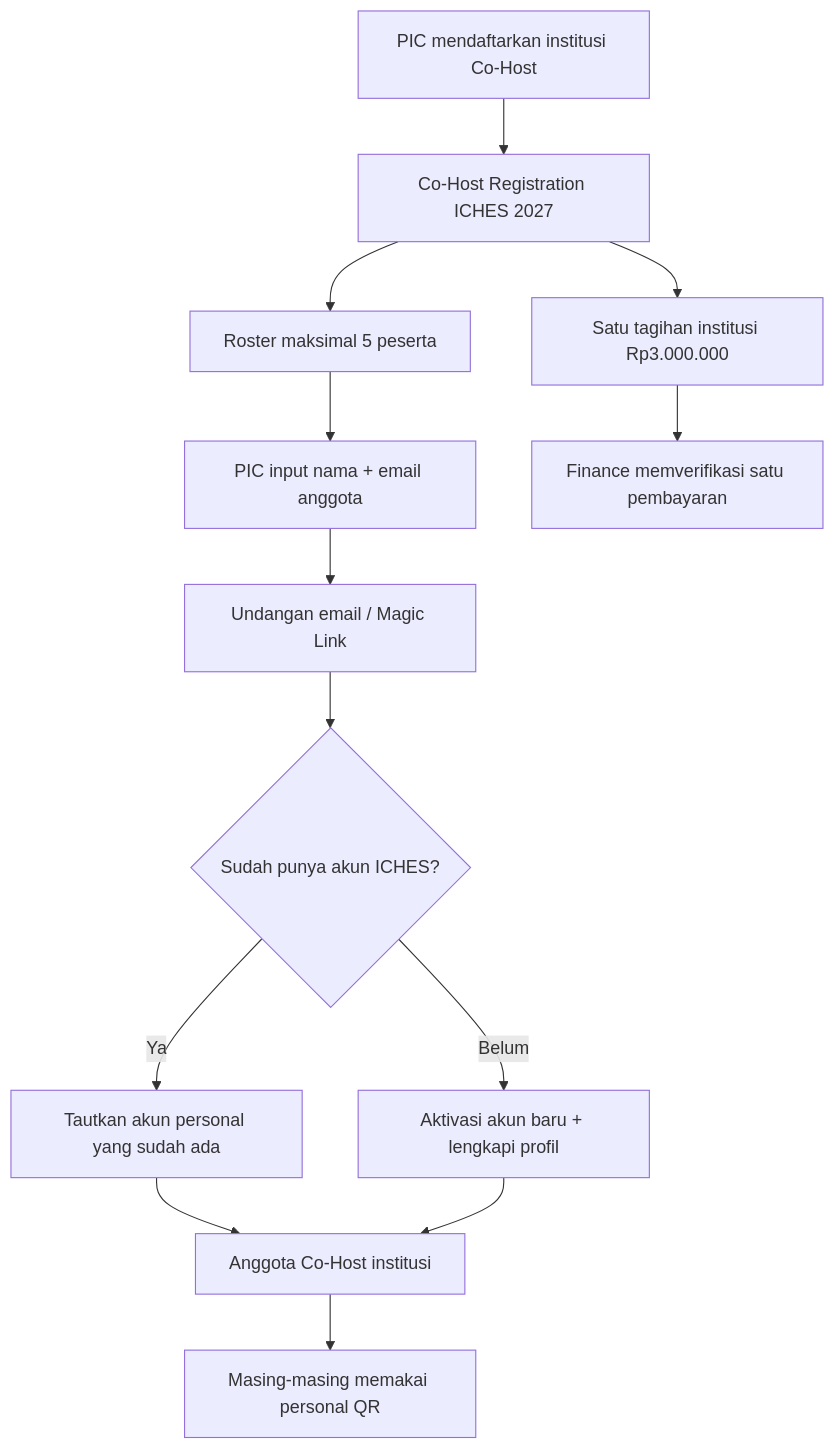
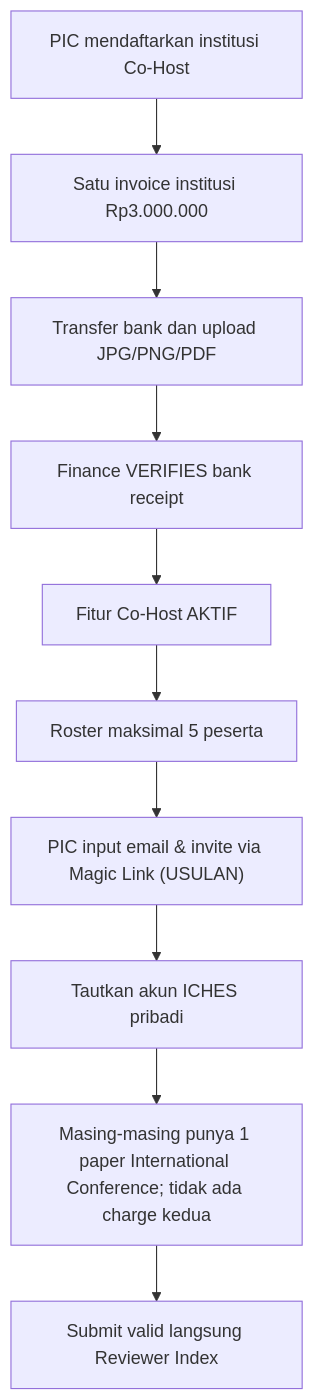
The first of 2 diagrams in docs/13-LINK-COHOST-DAN-SUBMISSION-TANPA-SCREENING.md (akhmadafnan/iches-unisya), drawn with Mermaid before and after one commit. The commit also changed other lines of this file and 6 other files, not shown here.

Commit message:
docs: make Co-Host and package Mermaid flows require Finance VERIFIED

````diff
--- a/docs/13-LINK-COHOST-DAN-SUBMISSION-TANPA-SCREENING.md
+++ b/docs/13-LINK-COHOST-DAN-SUBMISSION-TANPA-SCREENING.md
@@ -21,15 +23,12 @@
 ```mermaid
 flowchart TD
-  A["PIC mendaftarkan institusi Co-Host"] --> B["Co-Host Registration ICHES 2027"]
-  B --> C["Satu tagihan institusi Rp3.000.000"]
-  B --> D["Roster maksimal 5 peserta"]
-  D --> E["PIC input nama + email anggota"]
-  E --> F["Undangan email / Magic Link"]
-  F --> G{"Sudah punya akun ICHES?"}
-  G -->|Ya| H["Tautkan akun personal yang sudah ada"]
-  G -->|Belum| I["Aktivasi akun baru + lengkapi profil"]
-  H --> J["Anggota Co-Host institusi"]
-  I --> J
-  J --> K["Masing-masing memakai personal QR"]
-  C --> L["Finance memverifikasi satu pembayaran"]
+ I["PIC mendaftarkan institusi Co-Host"] --> C["Satu invoice institusi Rp3.000.000"]
+ C --> P["Transfer bank dan upload JPG/PNG/PDF"]
+ P --> F["Finance VERIFIES bank receipt"]
+ F --> A["Fitur Co-Host AKTIF"]
+ A --> R["Roster maksimal 5 peserta"]
+ R --> E["PIC input email & invite via Magic Link (USULAN)"]
+ E --> M["Tautkan akun ICHES pribadi"]
+ M --> S["Masing-masing punya 1 paper International Conference; tidak ada charge kedua"]
+ S --> RV["Submit valid langsung Reviewer Index"]
 ```
````
